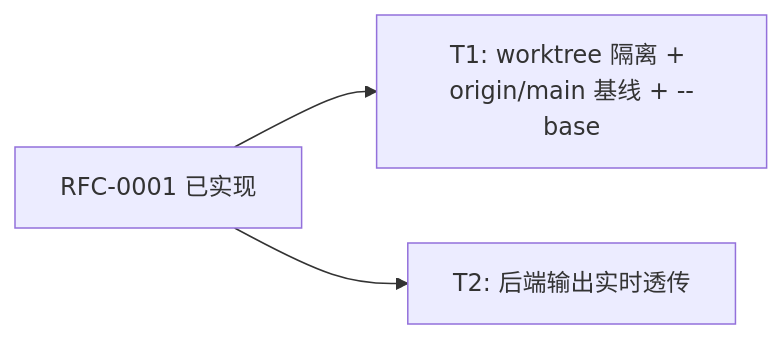
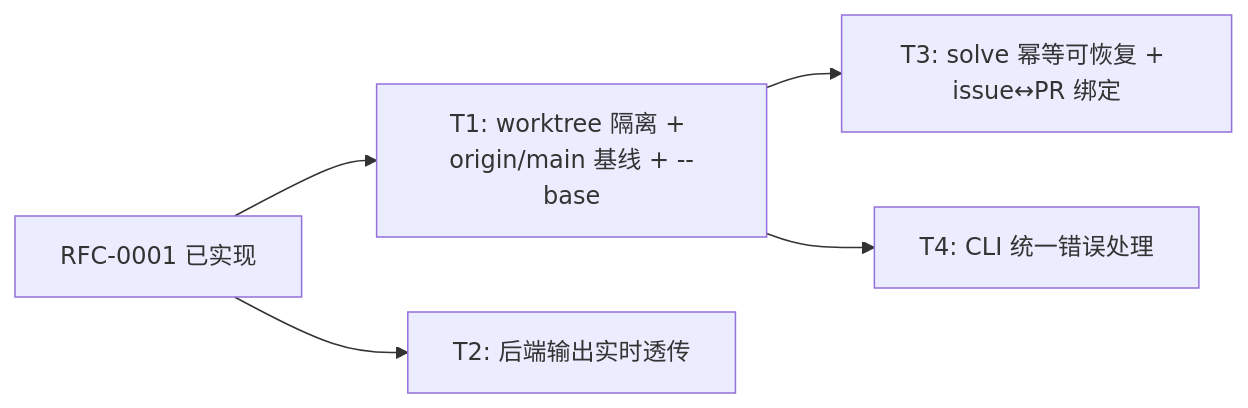
The diagram in docs/rfcs/0003-issue-worktree-isolation.md (Curry09/OpenAgents), drawn with Mermaid before and after one commit. The commit also changed other lines of this file, not shown here.

````diff
--- a/docs/rfcs/0003-issue-worktree-isolation.md
+++ b/docs/rfcs/0003-issue-worktree-isolation.md
@@ -74,5 +86,7 @@
 ```mermaid
 graph LR
     RFC0001[RFC-0001 已实现] --> T1[T1: worktree 隔离 + origin/main 基线 + --base]
     RFC0001 --> T2[T2: 后端输出实时透传]
+    T1 --> T3[T3: solve 幂等可恢复 + issue↔PR 绑定]
+    T1 --> T4[T4: CLI 统一错误处理]
 ```
````
